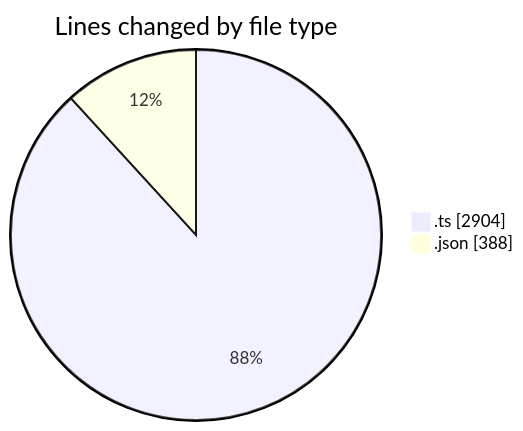
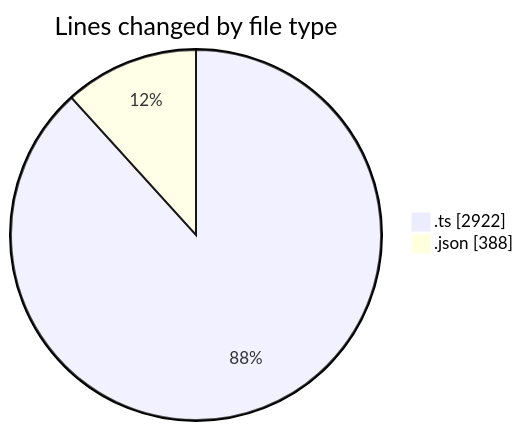
Before and after one commit to charlie-sans/code-tracking: the first of 2 diagrams in 2025-04-30/masm-lsp/README.md, drawn with Mermaid. The commit also changed other lines of this file and 1 other file, not shown here.

````diff
--- a/2025-04-30/masm-lsp/README.md
+++ b/2025-04-30/masm-lsp/README.md
@@ -22,6 +22,6 @@
 ```mermaid
 pie showData
 title Lines changed by file type
-".ts" : 2904
+".ts" : 2922
 ".json" : 388
 ```
````
